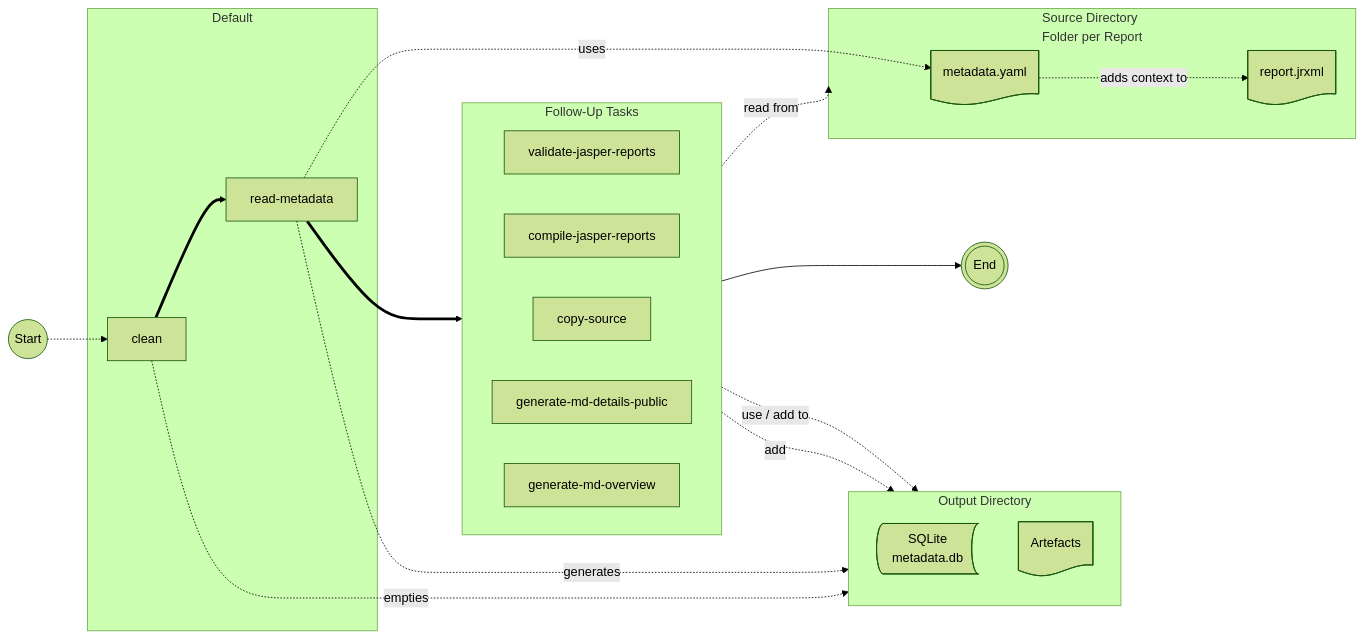
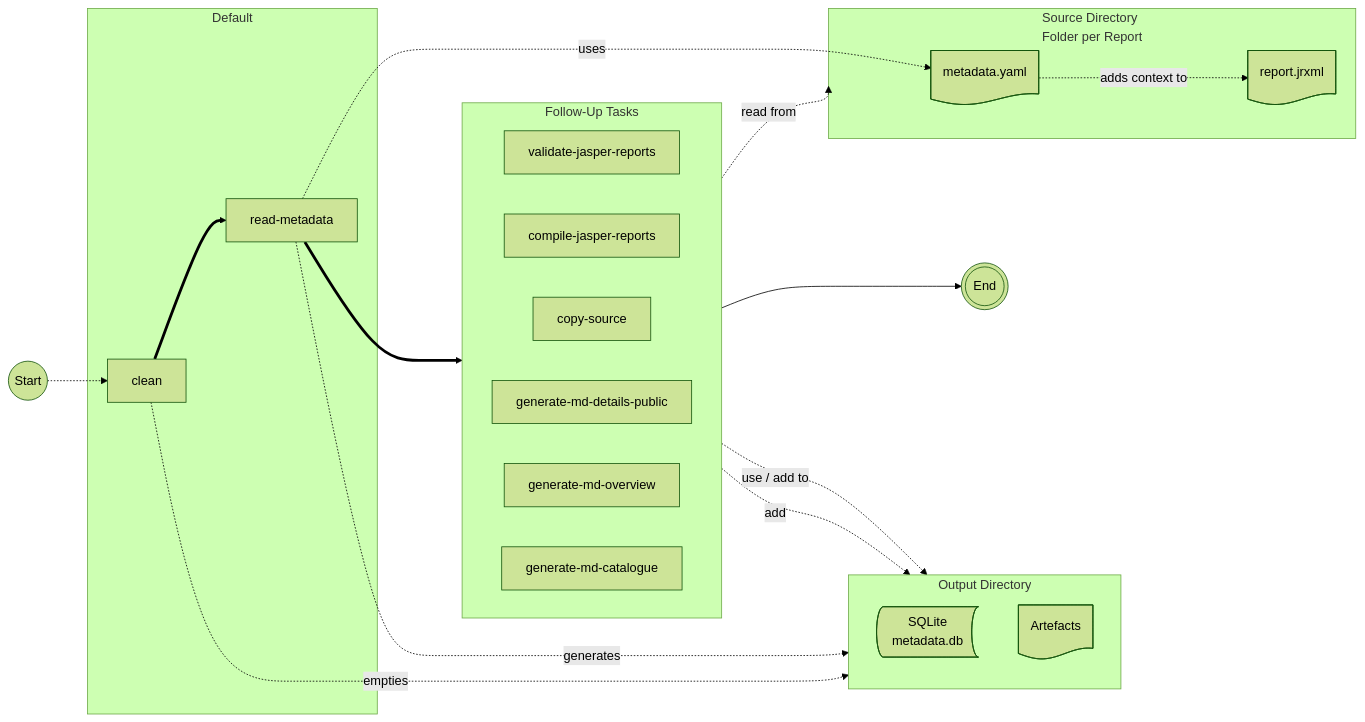
One commit to pfadfinden/report-engine changed the diagram in preprocessor/README.md. Above: the diagram before and after it, drawn with Mermaid (forest theme). The commit also changed other lines of this file and 3 other files, not shown here.

````diff
--- a/preprocessor/README.md
+++ b/preprocessor/README.md
@@ -9,45 +9,46 @@
 ```mermaid
 flowchart LR
     A@{ shape: circle, label: "Start" }
     Z@{ shape: dbl-circ, label: "End" }
 
     subgraph Input [Source Directory <br/>Folder per Report]
       F@{ shape: document, label: "metadata.yaml" }
       G@{ shape: document, label: "report.jrxml" }
       F-. adds context to .->G
     end 
 
     Default ~~~ Input
 
     read-metadata-.uses.->F
 
     subgraph Output [Output Directory]
       direction TB
       B@{ shape: bow-rect, label: "SQLite<br/>metadata.db" }
       C@{ shape: document, label: "Artefacts" }
     end 
 
     clean -. empties .-> Output
     A-.->clean
 
     subgraph Default
       clean==>read-metadata
     end
 
     read-metadata==>Tasks
     read-metadata-.generates.->B
 
     Tasks-.use / add to .->B
     Tasks-.add.->C
     Tasks-.read from.->Input
 
     subgraph Tasks [Follow-Up Tasks]
       direction LR
       validate-jasper-reports
       compile-jasper-reports
       copy-source
       generate-md-details-public
       generate-md-overview
+      generate-md-catalogue
     end
     Tasks-->Z
 ``` 
````
